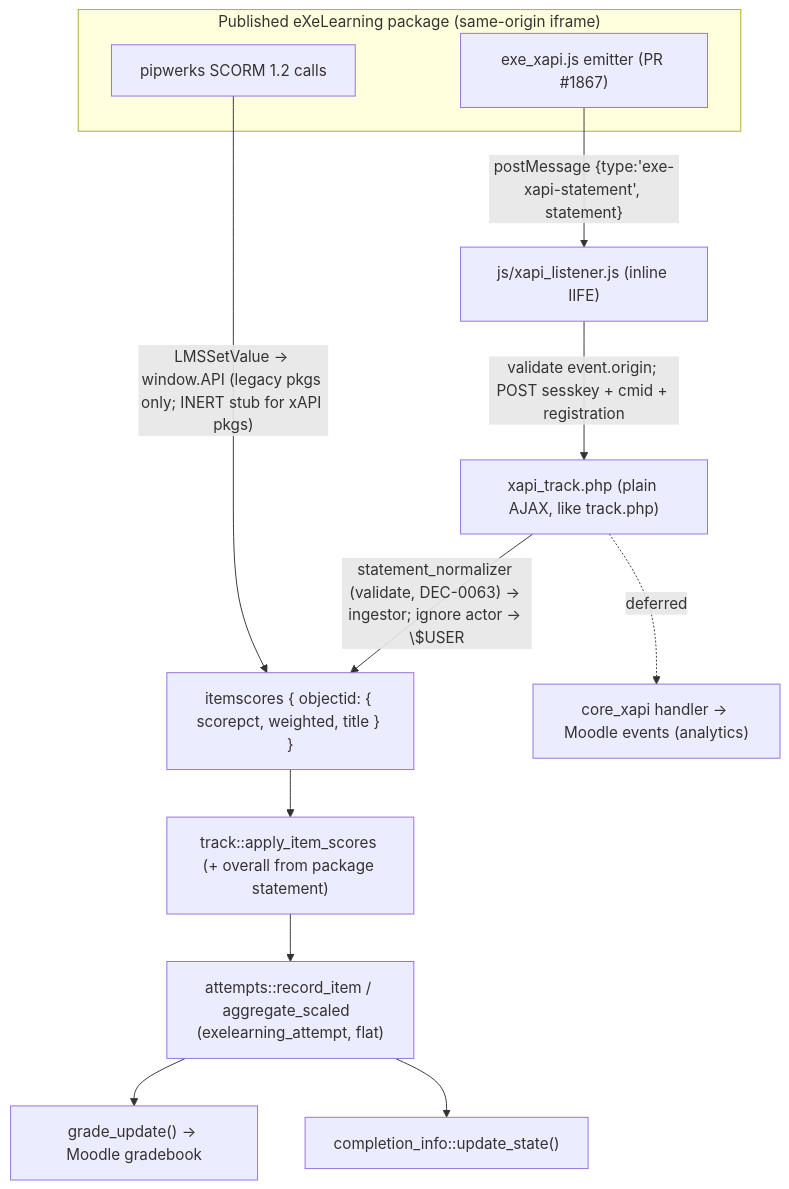
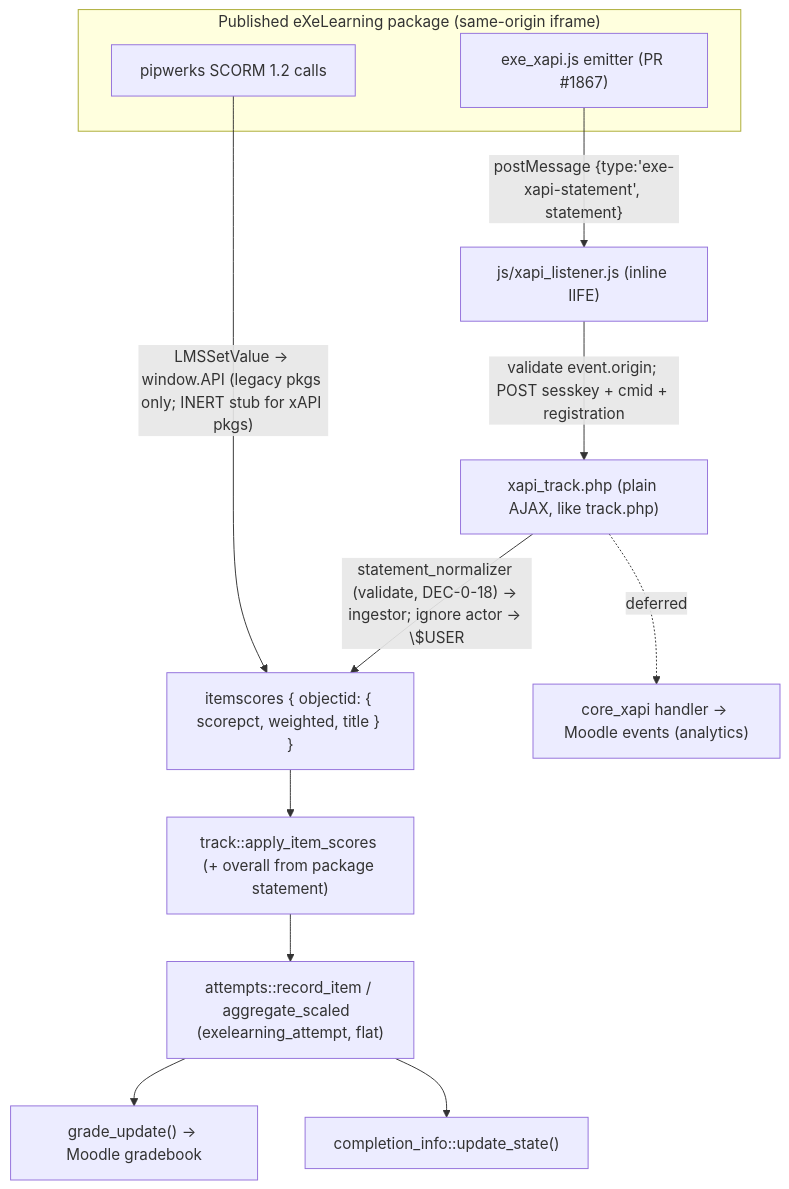
Before and after one commit to ateeducacion/mod_exelearning: the diagram in docs/tracking-architecture.md, drawn with Mermaid. The commit also changed other lines of this file and 184 other files, not shown here.

First line of the commit message:
refactor(architecture): share the validator and retire the last DEC-NNNN ids

````diff
--- a/docs/tracking-architecture.md
+++ b/docs/tracking-architecture.md
@@ -45,18 +45,18 @@
 ```mermaid
 flowchart TD
   subgraph PKG["Published eXeLearning package (same-origin iframe)"]
     SCORM["pipwerks SCORM 1.2 calls"]
     XAPI["exe_xapi.js emitter (PR #1867)"]
   end
 
   SCORM -->|"LMSSetValue → window.API (legacy pkgs only; INERT stub for xAPI pkgs)"| ITEMS
   XAPI -->|"postMessage {type:'exe-xapi-statement', statement}"| LIS["js/xapi_listener.js (inline IIFE)"]
   LIS -->|"validate event.origin; POST sesskey + cmid + registration"| EP["xapi_track.php (plain AJAX, like track.php)"]
-  EP -->|"statement_normalizer (validate, DEC-0063) → ingestor; ignore actor → \$USER"| ITEMS
+  EP -->|"statement_normalizer (validate, DEC-0-18) → ingestor; ignore actor → \$USER"| ITEMS
 
   ITEMS["itemscores { objectid: { scorepct, weighted, title } }"] --> TR["track::apply_item_scores (+ overall from package statement)"]
   TR --> AT["attempts::record_item / aggregate_scaled  (exelearning_attempt, flat)"]
   AT --> GB["grade_update() → Moodle gradebook"]
   AT --> CO["completion_info::update_state()"]
   EP -. deferred .-> HND["core_xapi handler → Moodle events (analytics)"]
 ```
````
